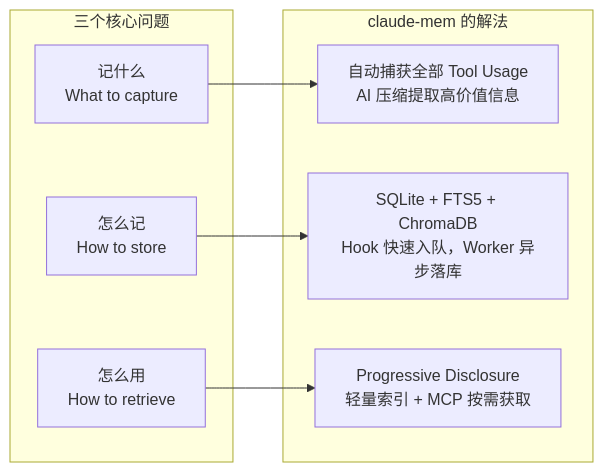
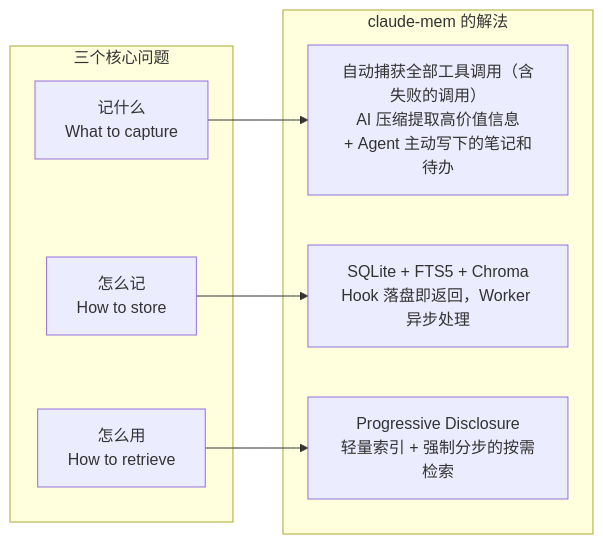
Before and after one commit to diguike/book-claude-mem: the diagram in 01-cognition/ch01-problem-domain/README.md, drawn with Mermaid. The commit also changed other lines of this file and 155 other files, not shown here.

````diff
--- a/01-cognition/ch01-problem-domain/README.md
+++ b/01-cognition/ch01-problem-domain/README.md
@@ -74,16 +76,16 @@
 ```mermaid
 graph LR
     subgraph problems[三个核心问题]
         Q1["记什么<br/>What to capture"]
         Q2["怎么记<br/>How to store"]
         Q3["怎么用<br/>How to retrieve"]
     end
     subgraph solutions[claude-mem 的解法]
-        A1["自动捕获全部 Tool Usage<br/>AI 压缩提取高价值信息"]
-        A2["SQLite + FTS5 + ChromaDB<br/>Hook 快速入队，Worker 异步落库"]
-        A3["Progressive Disclosure<br/>轻量索引 + MCP 按需获取"]
+        A1["自动捕获全部工具调用（含失败的调用）<br/>AI 压缩提取高价值信息<br/>+ Agent 主动写下的笔记和待办"]
+        A2["SQLite + FTS5 + Chroma<br/>Hook 落盘即返回，Worker 异步处理"]
+        A3["Progressive Disclosure<br/>轻量索引 + 强制分步的按需检索"]
     end
     Q1 --> A1
     Q2 --> A2
     Q3 --> A3
 ```
````
